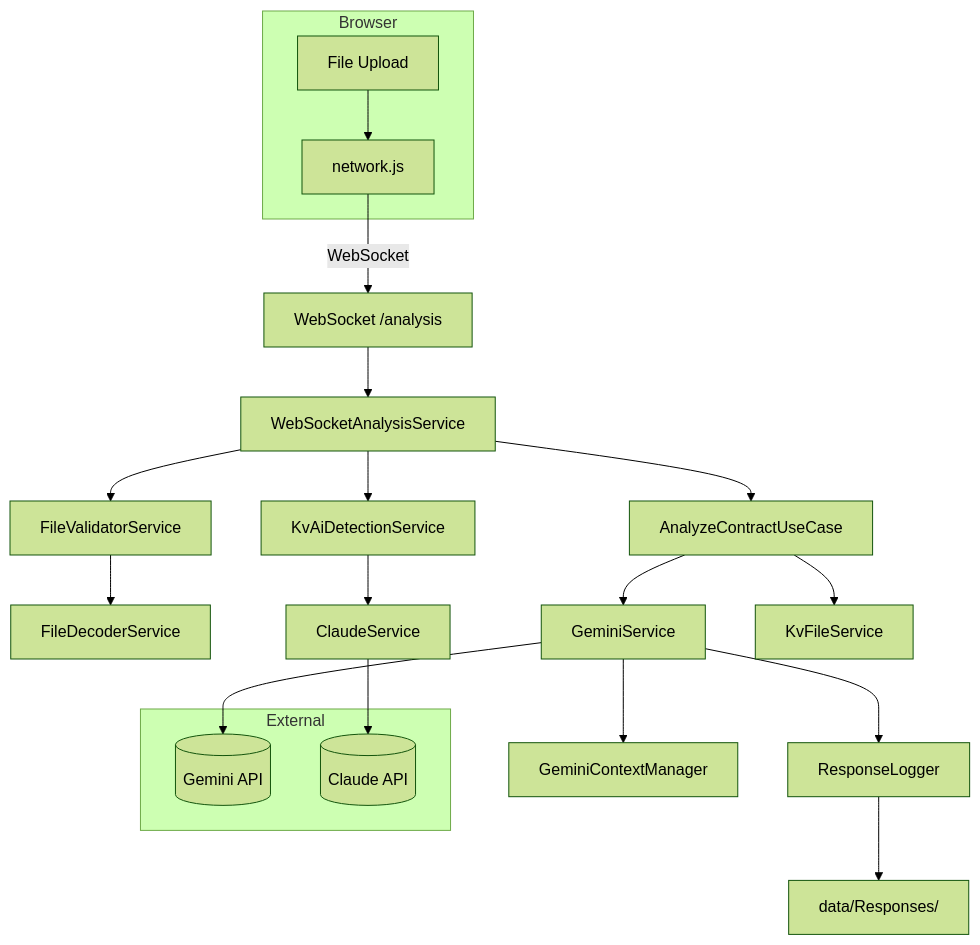
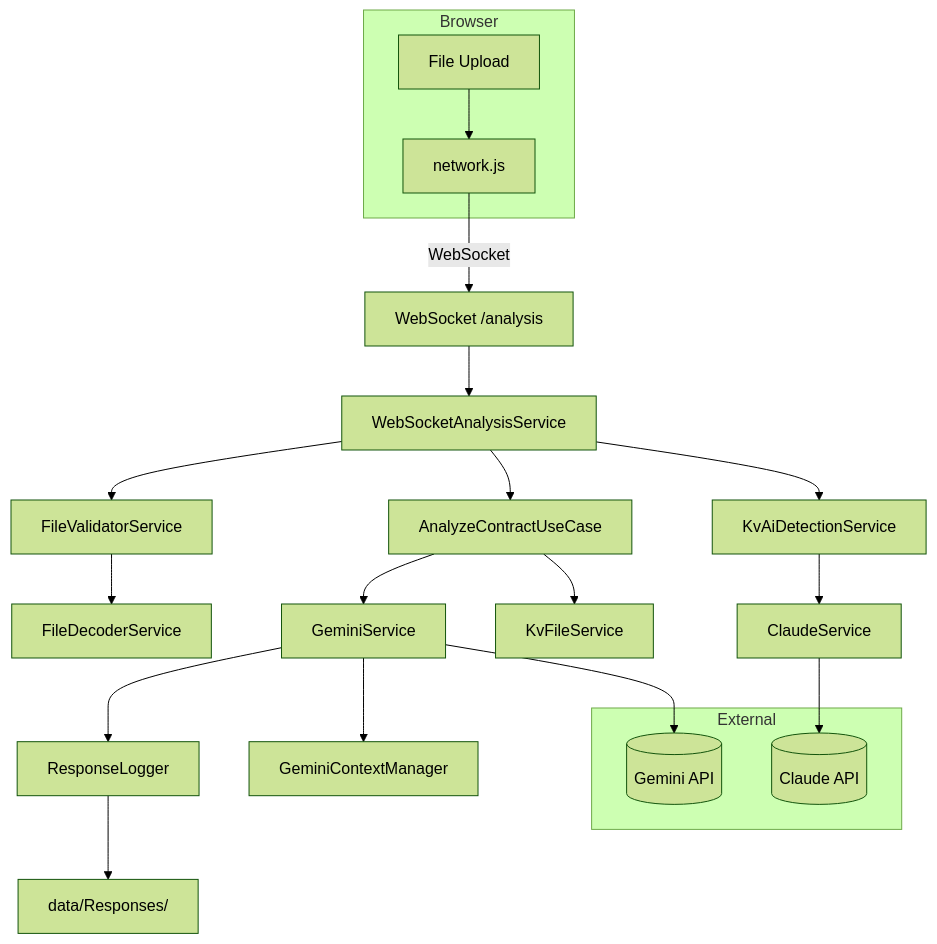
The sixth of 8 diagrams in docs/Diagrams/diagrams.md (sebastian-305/PocketLawyer), drawn with Mermaid (forest theme) before and after one commit. The commit also changed 2 other files, not shown here.

Commit message:
digarams

````diff
--- a/docs/Diagrams/diagrams.md
+++ b/docs/Diagrams/diagrams.md
@@ -404,24 +404,24 @@
 ```mermaid
 graph TD
     subgraph Browser
         U[File Upload] --> N[network.js]
     end
     N -- WebSocket --> PC[WebSocket /analysis]
     PC --> WSAS[WebSocketAnalysisService]
     WSAS --> FV[FileValidatorService]
-    FV --> FDS[FileDecoderService]
-    WSAS --> KD[KvAiDetectionService]
-    KD --> CLA[ClaudeService]
+    FV --> FDS[FileDecoderService]   
     WSAS --> CA[AnalyzeContractUseCase]
     CA --> GEM[GeminiService]
     CA --> KFS[KvFileService]
+    WSAS --> KD[KvAiDetectionService]
+    KD --> CLA[ClaudeService]
     GEM --> RL[ResponseLogger]
     GEM --> GCM[GeminiContextManager]
     RL --> Files[data/Responses/]
     subgraph External
         GeminiAPI[(Gemini API)]
         ClaudeAPI[(Claude API)]
     end
     GEM --> GeminiAPI
     CLA --> ClaudeAPI
 ```
````
